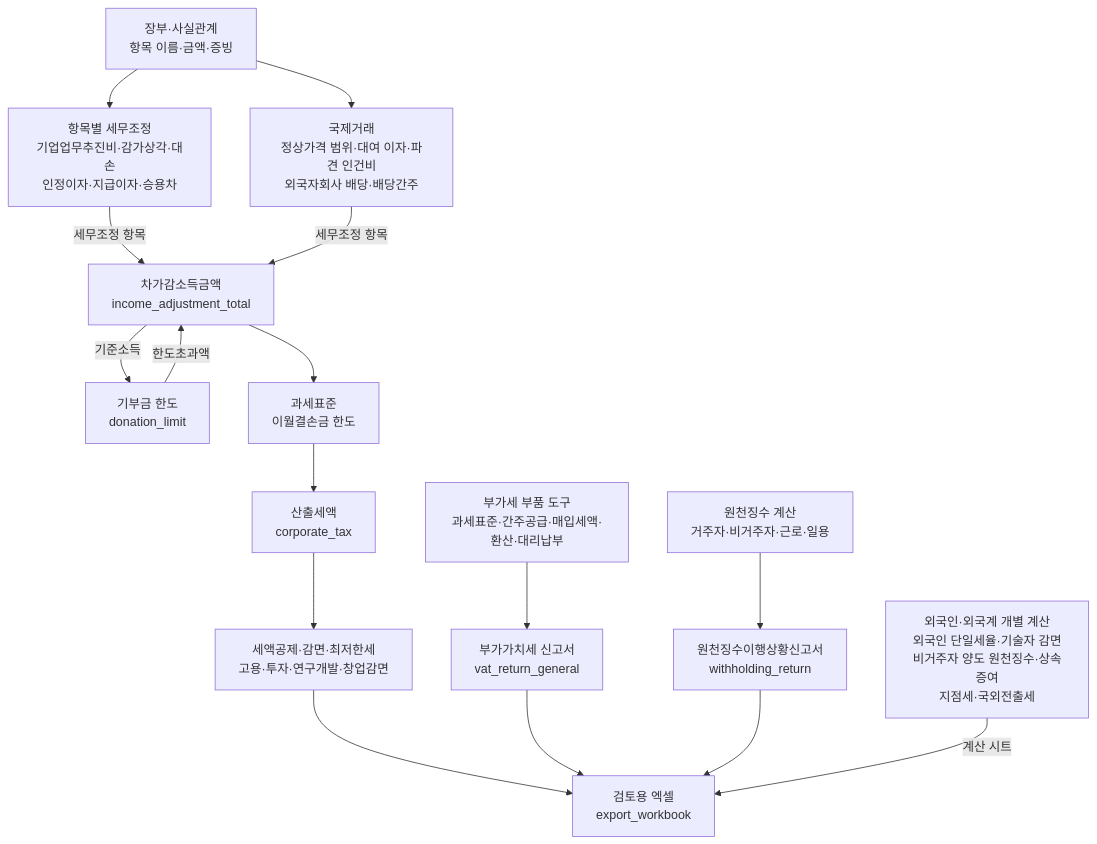
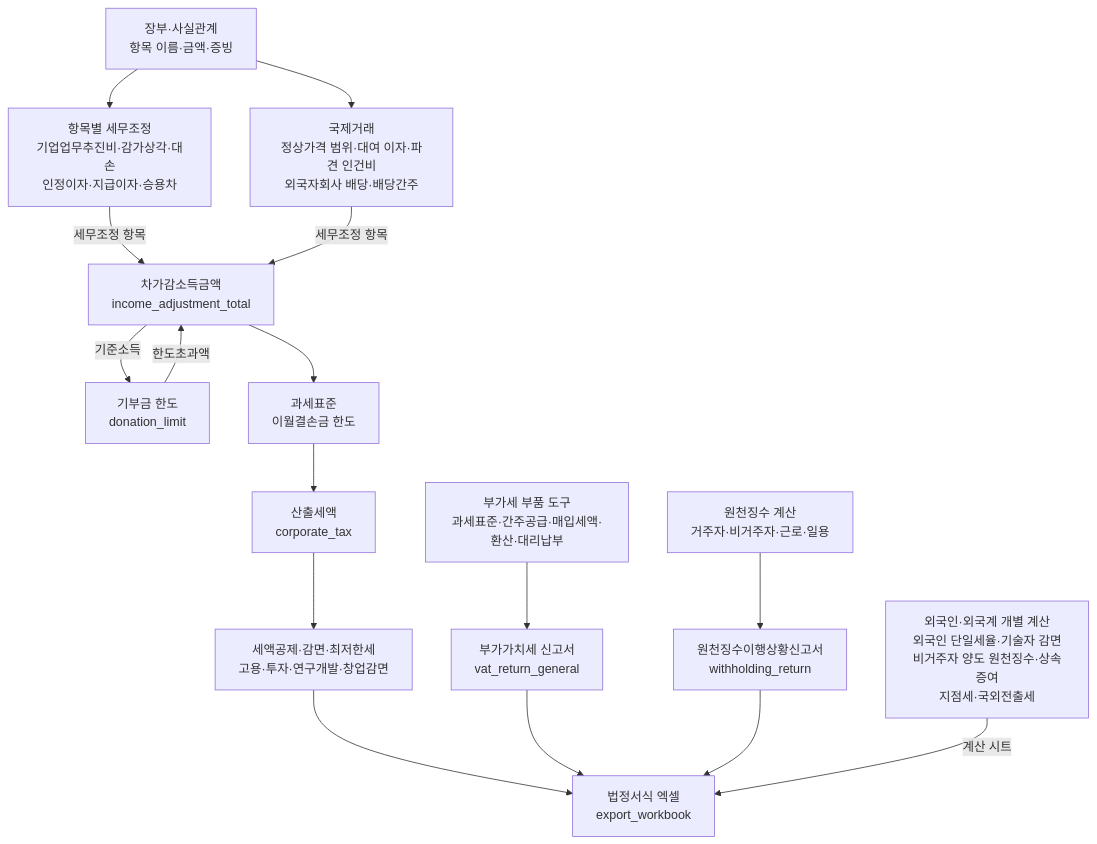
One commit to UpstageAI/korean-tax-calc-mcp changed the second of 3 diagrams in README.md. Above: the diagram before and after it, drawn with Mermaid. The commit also changed other lines of this file and 17 other files, not shown here.

First line of the commit message:
feat: 계산 근거 엑셀은 직접 짜고 verify_workbook으로 대조 — 호출_id, key 생략·자동 대조, 짧은 검산 시트, export_workbook은 법정서식 (0.57.0)

````diff
--- a/README.md
+++ b/README.md
@@ -116,16 +116,16 @@
 ```mermaid
 flowchart TD
   L["장부·사실관계<br/>항목 이름·금액·증빙"] --> A["항목별 세무조정<br/>기업업무추진비·감가상각·대손<br/>인정이자·지급이자·승용차"]
   L --> I["국제거래<br/>정상가격 범위·대여 이자·파견 인건비<br/>외국자회사 배당·배당간주"]
   A -->|세무조정 항목| T["차가감소득금액<br/>income_adjustment_total"]
   I -->|세무조정 항목| T
   T -->|기준소득| D["기부금 한도<br/>donation_limit"]
   D -->|한도초과액| T
   T --> B["과세표준<br/>이월결손금 한도"]
   B --> C["산출세액<br/>corporate_tax"]
   C --> G["세액공제·감면·최저한세<br/>고용·투자·연구개발·창업감면"]
-  G --> X["검토용 엑셀<br/>export_workbook"]
+  G --> X["법정서식 엑셀<br/>export_workbook"]
   V1["부가세 부품 도구<br/>과세표준·간주공급·매입세액·환산·대리납부"] --> V2["부가가치세 신고서<br/>vat_return_general"] --> X
   W1["원천징수 계산<br/>거주자·비거주자·근로·일용"] --> W2["원천징수이행상황신고서<br/>withholding_return"] --> X
   P["외국인·외국계 개별 계산<br/>외국인 단일세율·기술자 감면<br/>비거주자 양도 원천징수·상속증여<br/>지점세·국외전출세"] -->|계산 시트| X
 ```
````
